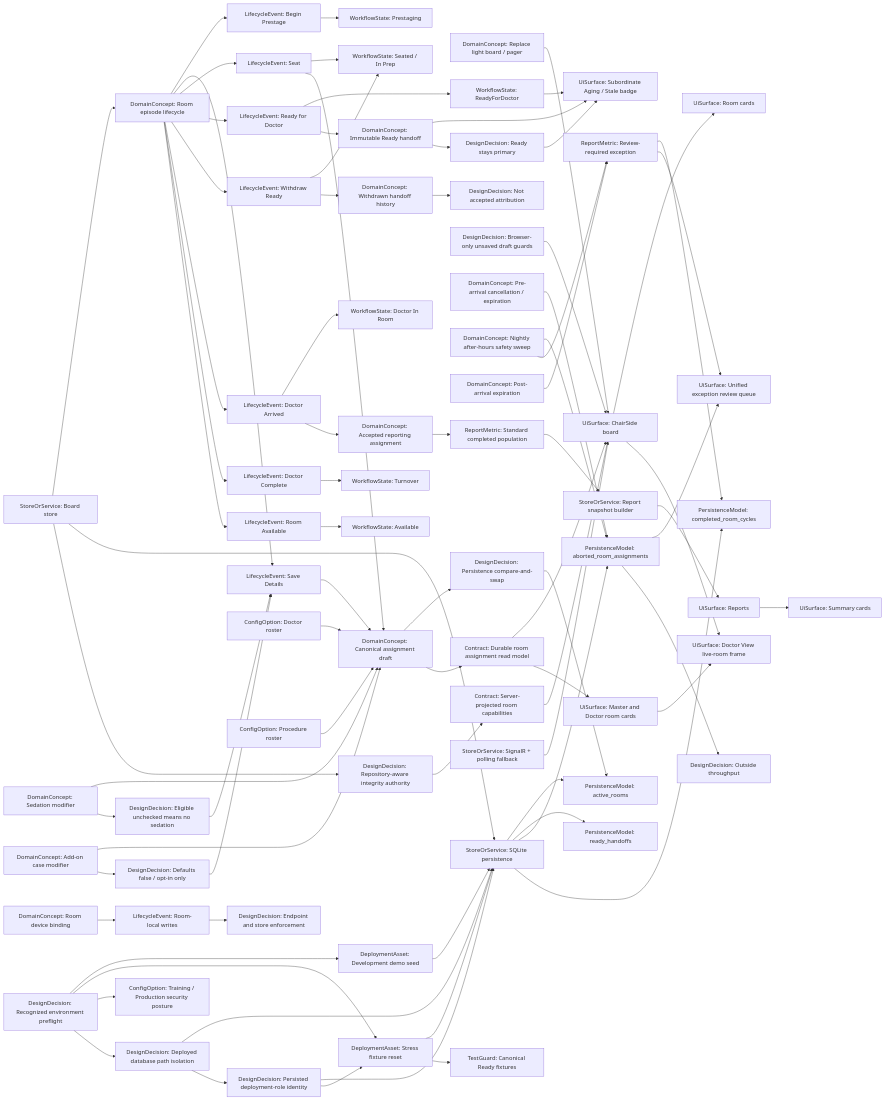
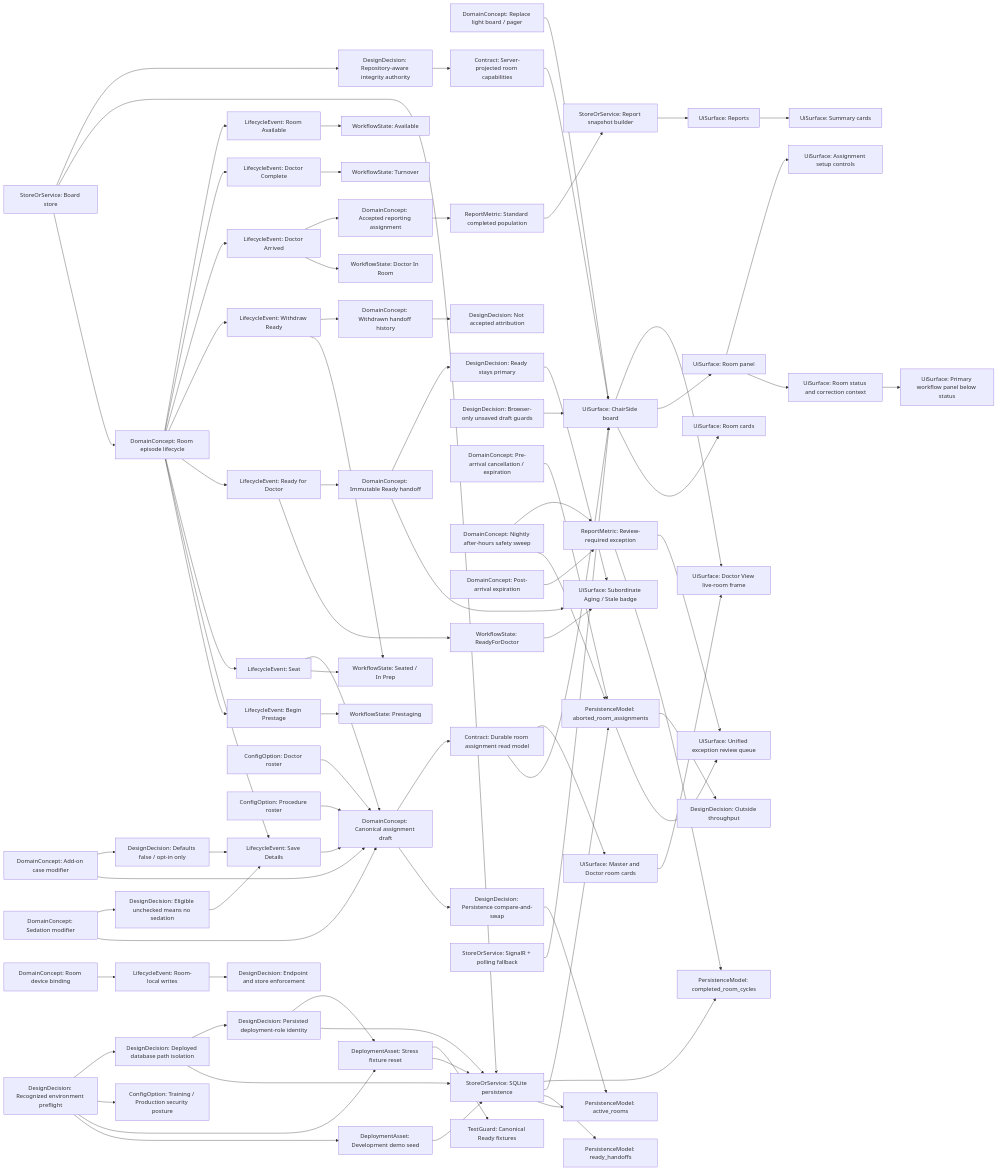
The diagram in docs/knowledge-graph/chairside.graph.md (binary0rb/ChairSide), drawn with Mermaid before and after one commit. The commit also changed other lines of this file and 5 other files, not shown here.

Commit message:
Move room primary workflow to left rail (#210)

```diff
--- a/docs/knowledge-graph/chairside.graph.md
+++ b/docs/knowledge-graph/chairside.graph.md
@@ -8,7 +8,11 @@
 flowchart LR
     LightBoardReplacement["DomainConcept: Replace light board / pager"] --> BoardUi["UiSurface: ChairSide board"]
     BoardUi --> RoomCards["UiSurface: Room cards"]
+    BoardUi --> RoomPanel["UiSurface: Room panel"]
     BoardUi --> DoctorView["UiSurface: Doctor read-only view"]
+    RoomPanel --> RoomStatusContext["UiSurface: Room status and correction context"]
+    RoomStatusContext --> PrimaryWorkflowPanel["UiSurface: Primary workflow panel below status"]
+    RoomPanel --> AssignmentSetup["UiSurface: Assignment setup controls"]
 
     RoomLifecycle["DomainConcept: Room episode lifecycle"] --> BeginPrestage["LifecycleEvent: Begin Prestage"]
     RoomLifecycle --> SaveDetails["LifecycleEvent: Save Details"]
```
